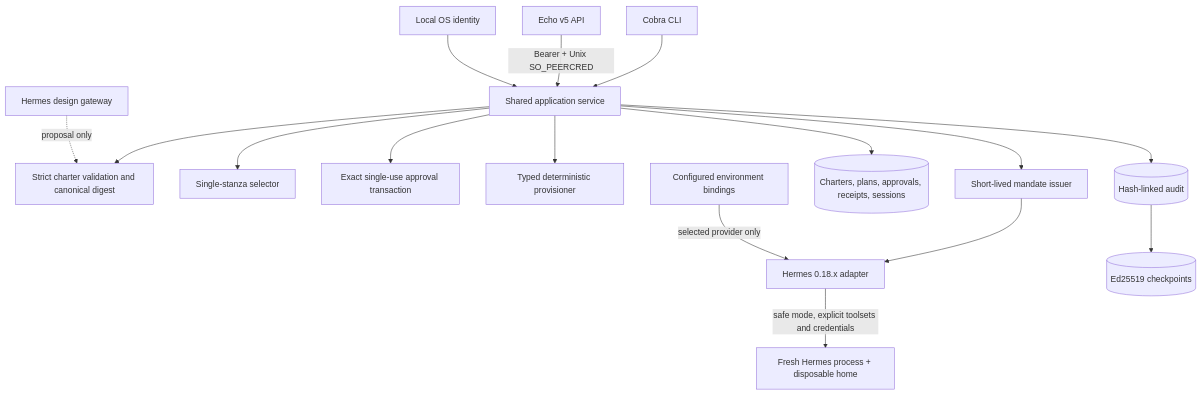
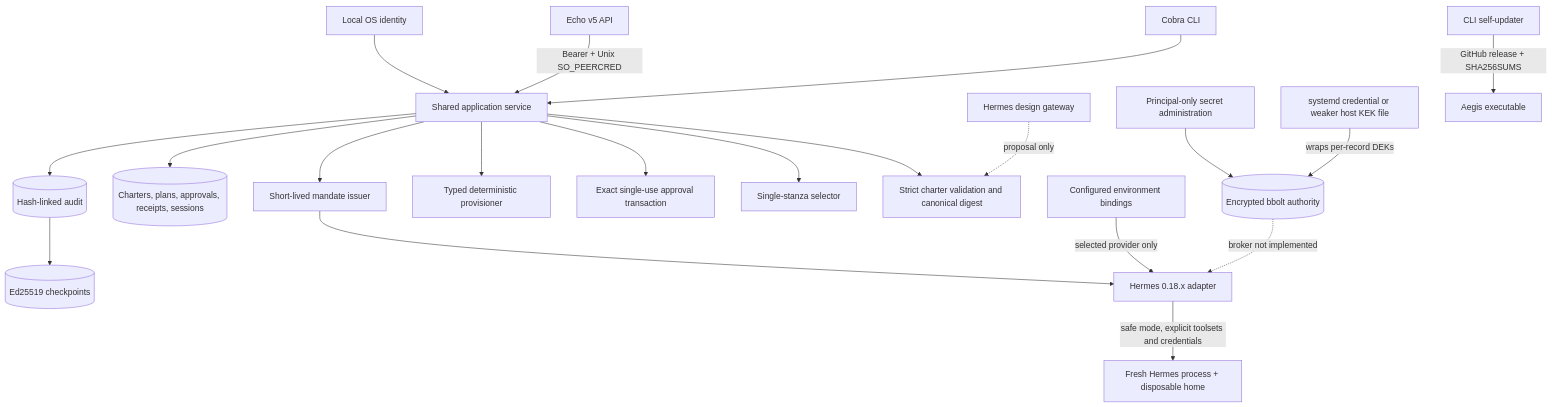
One commit to berryhill/aegis changed the diagram in docs/ARCHITECTURE.md. Above: the diagram before and after it, drawn with Mermaid. The commit also changed other lines of this file and 31 other files, not shown here.

Commit message:
Package & add encryped credential authority infrastructure

````diff
--- a/docs/ARCHITECTURE.md
+++ b/docs/ARCHITECTURE.md
@@ -3,18 +3,22 @@
 ```mermaid
 flowchart TB
   CLI[Cobra CLI] --> Service[Shared application service]
   API[Echo v5 API] -->|Bearer + Unix SO_PEERCRED| Service
   OS[Local OS identity] --> Service
   Service --> Validator[Strict charter validation and canonical digest]
   Service --> Selector[Single-stanza selector]
   Service --> Approval[Exact single-use approval transaction]
   Service --> Provisioner[Typed deterministic provisioner]
   Service --> Mandate[Short-lived mandate issuer]
   Mandate --> Adapter[Hermes 0.18.x adapter]
   Adapter -->|safe mode, explicit toolsets and credentials| Hermes[Fresh Hermes process + disposable home]
   Service --> State[(Charters, plans, approvals, receipts, sessions)]
   Service --> Audit[(Hash-linked audit)]
   Audit --> Checkpoint[(Ed25519 checkpoints)]
   Design[Hermes design gateway] -. proposal only .-> Validator
   Credentials[Configured environment bindings] -->|selected provider only| Adapter
+  SecretCLI[Principal-only secret administration] --> Authority[(Encrypted bbolt authority)]
+  Custody[systemd credential or weaker host KEK file] -->|wraps per-record DEKs| Authority
+  Authority -. broker not implemented .-> Adapter
+  Updater[CLI self-updater] -->|GitHub release + SHA256SUMS| Binary[Aegis executable]
 ```
````
